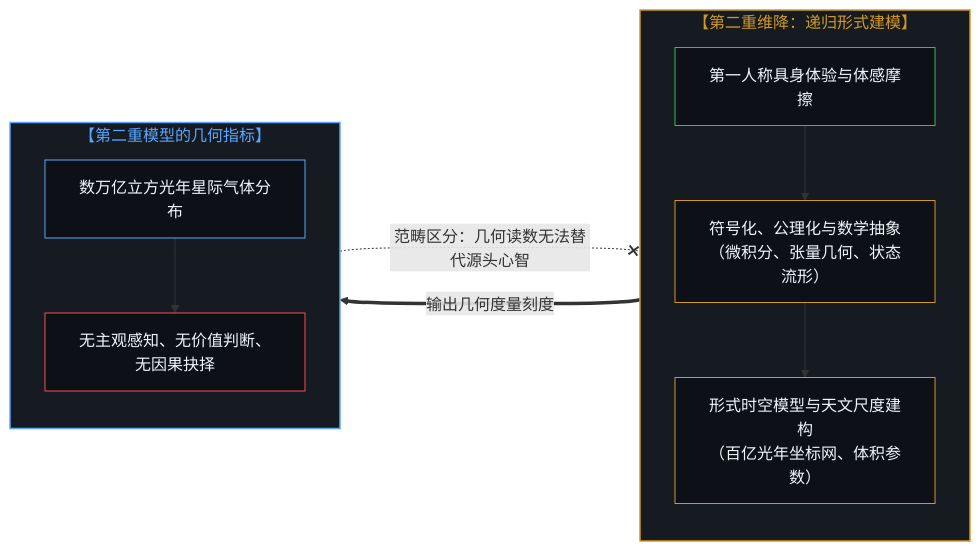
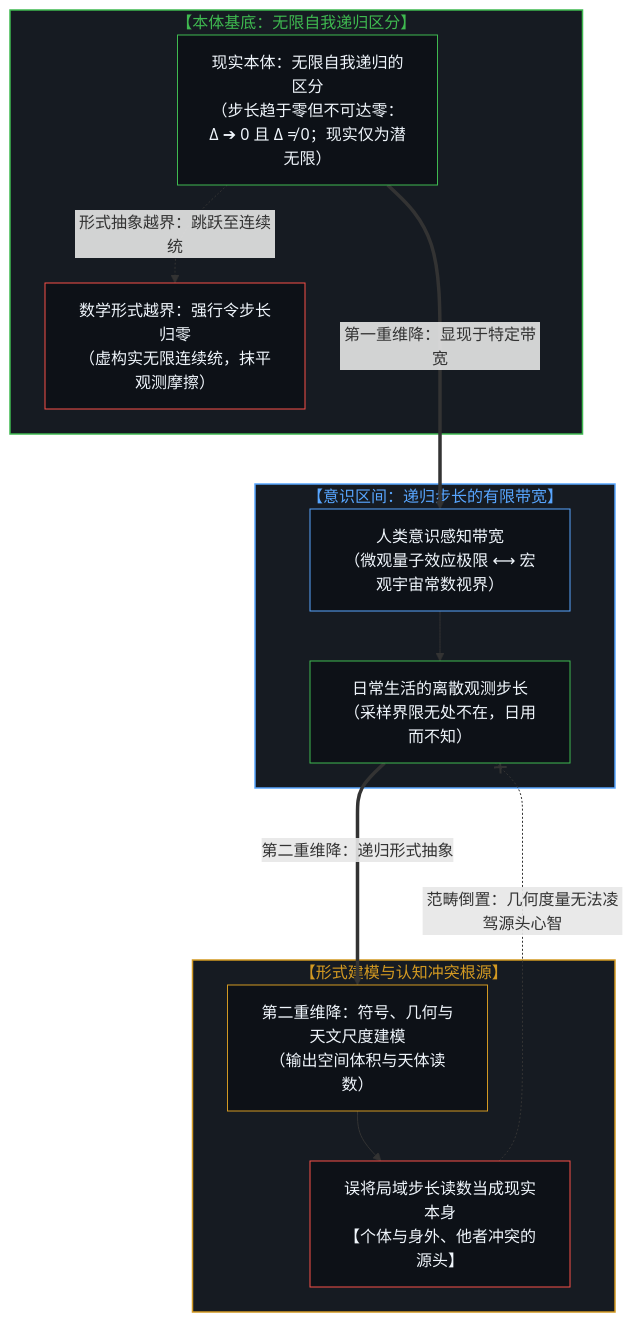
One commit to powerpig99/not-a-toe changed the third of 8 diagrams in content/posts/one-cannot-escape-ones-own-mind.md. Above: the diagram before and after it, drawn with Mermaid. The commit also changed other lines of this file and 2 other files, not shown here.

Commit message:
Refine Post #332: Deepen second collapse with reality as infinite self-recursive distinction, potential infinity, consciousness bandwidth, and conflict genesis

````diff
--- a/content/posts/one-cannot-escape-ones-own-mind.md
+++ b/content/posts/one-cannot-escape-ones-own-mind.md
@@ -93,24 +97,34 @@
 ```mermaid
-flowchart LR
-    subgraph S_SecondCollapse ["【第二重维降：递归形式建模】"]
-        direction TB
-        M2["第一人称具身体验与体感摩擦"] --> F1["符号化、公理化与数学抽象<br/>（微积分、张量几何、状态流形）"]
-        F1 --> F2["形式时空模型与天文尺度建构<br/>（百亿光年坐标网、体积参数）"]
+flowchart TD
+    subgraph S_OntologyRecursion ["【本体基底：无限自我递归区分】"]
+        R_REC["现实本体：无限自我递归的区分<br/>（步长趋于零但不可达零：Δ ➔ 0 且 Δ ≠ 0；现实仅为潜无限）"]
+        MATH_ERR["数学形式越界：强行令步长归零<br/>（虚构实无限连续统，抹平观测摩擦）"]
+        R_REC -.->|"形式抽象越界：跳跃至连续统"| MATH_ERR
     end
 
-    subgraph S_InertExtension ["【第二重模型的几何指标】"]
-        direction TB
-        V1["数万亿立方光年星际气体分布"] --> V2["无主观感知、无价值判断、无因果抉择"]
+    subgraph S_ConsciousBandwidth ["【意识区间：递归步长的有限带宽】"]
+        BAND["人类意识感知带宽<br/>（微观量子效应极限 ⟷ 宏观宇宙常数视界）"]
+        DAILY["日常生活的离散观测步长<br/>（采样界限无处不在，日用而不知）"]
+        BAND --> DAILY
     end
 
-    F2 ===>|"输出几何度量刻度"| V1
-    V2 -.-x|"范畴区分：几何读数无法替代源头心智"| M2
+    subgraph S_ModelAndConflict ["【形式建模与认知冲突根源】"]
+        F_MODEL["第二重维降：符号、几何与天文尺度建模<br/>（输出空间体积与天体读数）"]
+        CONFLICT["误将局域步长读数当成现实本身<br/>【个体与身外、他者冲突的源头】"]
+        F_MODEL --> CONFLICT
+    end
 
-    style S_SecondCollapse fill:#161b22,stroke:#d29922,stroke-width:1.5px,color:#d29922
-    style S_InertExtension fill:#161b22,stroke:#58a6ff,stroke-width:1.5px,color:#58a6ff
-    style M2 fill:#0d1117,stroke:#3fb950,stroke-width:1px,color:#f0f6fc
-    style F1 fill:#0d1117,stroke:#d29922,stroke-width:1px,color:#f0f6fc
-    style F2 fill:#0d1117,stroke:#d29922,stroke-width:1px,color:#f0f6fc
-    style V1 fill:#0d1117,stroke:#58a6ff,stroke-width:1px,color:#f0f6fc
-    style V2 fill:#0d1117,stroke:#f85149,stroke-width:1px,color:#f0f6fc
+    R_REC ===>|"第一重维降：显现于特定带宽"| BAND
+    DAILY ===>|"第二重维降：递归形式抽象"| F_MODEL
+    CONFLICT -.-x|"范畴倒置：几何度量无法凌驾源头心智"| DAILY
+
+    style S_OntologyRecursion fill:#161b22,stroke:#3fb950,stroke-width:1.5px,color:#3fb950
+    style S_ConsciousBandwidth fill:#161b22,stroke:#58a6ff,stroke-width:1.5px,color:#58a6ff
+    style S_ModelAndConflict fill:#161b22,stroke:#d29922,stroke-width:1.5px,color:#d29922
+    style R_REC fill:#0d1117,stroke:#3fb950,stroke-width:1px,color:#f0f6fc
+    style MATH_ERR fill:#0d1117,stroke:#f85149,stroke-width:1px,color:#f0f6fc
+    style BAND fill:#0d1117,stroke:#58a6ff,stroke-width:1px,color:#f0f6fc
+    style DAILY fill:#0d1117,stroke:#3fb950,stroke-width:1px,color:#f0f6fc
+    style F_MODEL fill:#0d1117,stroke:#d29922,stroke-width:1px,color:#f0f6fc
+    style CONFLICT fill:#0d1117,stroke:#f85149,stroke-width:1px,color:#f0f6fc
 ```
````
